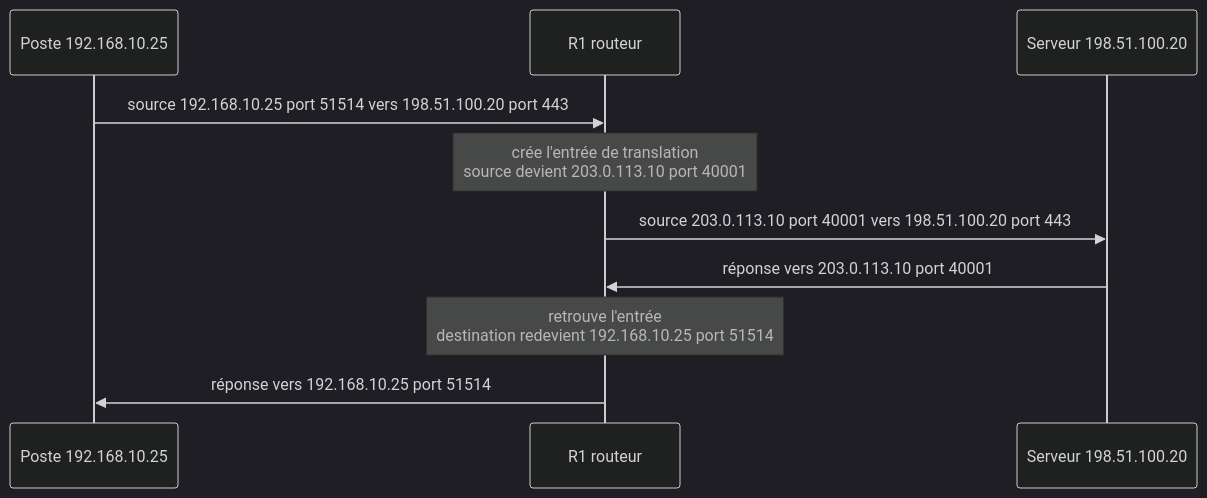
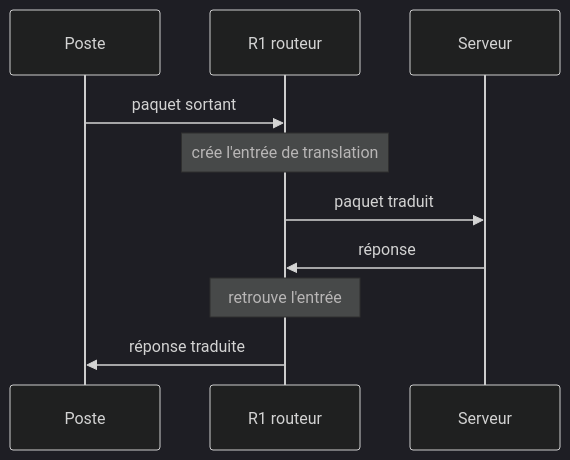
One commit to Gooseppr/GevOps_LC changed the third of 3 diagrams in courses/reseaux-cybersecurite/08_routage_nat.md. Above: the diagram before and after it, drawn with Mermaid (dark theme). The commit also changed other lines of this file and 10 other files, not shown here.

````diff
--- a/courses/reseaux-cybersecurite/08_routage_nat.md
+++ b/courses/reseaux-cybersecurite/08_routage_nat.md
@@ -222,12 +222,12 @@
 ```mermaid
 sequenceDiagram
-    participant P as Poste 192.168.10.25
+    participant P as Poste
     participant R as R1 routeur
-    participant W as Serveur 198.51.100.20
-    P->>R: source 192.168.10.25 port 51514 vers 198.51.100.20 port 443
-    Note over R: crée l'entrée de translation<br/>source devient 203.0.113.10 port 40001
-    R->>W: source 203.0.113.10 port 40001 vers 198.51.100.20 port 443
-    W->>R: réponse vers 203.0.113.10 port 40001
-    Note over R: retrouve l'entrée<br/>destination redevient 192.168.10.25 port 51514
-    R->>P: réponse vers 192.168.10.25 port 51514
+    participant W as Serveur
+    P->>R: paquet sortant
+    Note over R: crée l'entrée de translation
+    R->>W: paquet traduit
+    W->>R: réponse
+    Note over R: retrouve l'entrée
+    R->>P: réponse traduite
 ```
````
